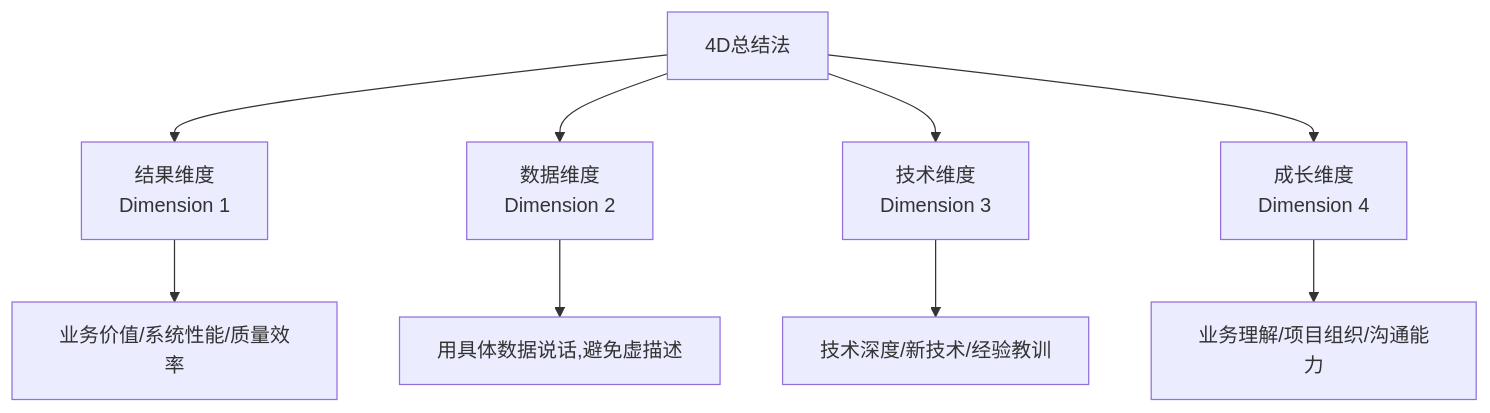
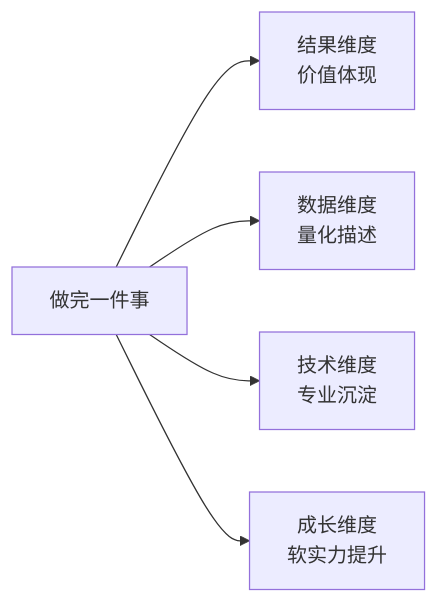
Before and after one commit to chongyang211/YCBookBlog: the diagram in packages/website/13.书籍/05.自我精进·成事/04.事后复盘/01.四维度总结分析.md, drawn with Mermaid. The commit also changed other lines of this file and 62 other files, not shown here.

````diff
--- a/packages/website/13.书籍/05.自我精进·成事/04.事后复盘/01.四维度总结分析.md
+++ b/packages/website/13.书籍/05.自我精进·成事/04.事后复盘/01.四维度总结分析.md
@@ -78,11 +65,7 @@
 ```mermaid
-graph TD
-    A[4D总结法] --> B[结果维度<br>Dimension 1]
-    A --> C[数据维度<br>Dimension 2]
-    A --> D[技术维度<br>Dimension 3]
-    A --> E[成长维度<br>Dimension 4]
-    B --> B1[业务价值/系统性能/质量效率]
-    C --> C1[用具体数据说话,避免虚描述]
-    D --> D1[技术深度/新技术/经验教训]
-    E --> E1[业务理解/项目组织/沟通能力]
+graph LR
+    P[做完一件事] --> D1[结果维度<br/>价值体现]
+    P --> D2[数据维度<br/>量化描述]
+    P --> D3[技术维度<br/>专业沉淀]
+    P --> D4[成长维度<br/>软实力提升]
 ```
````
